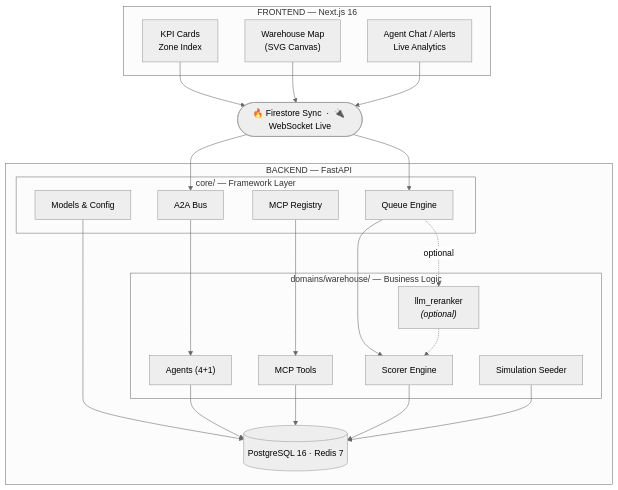
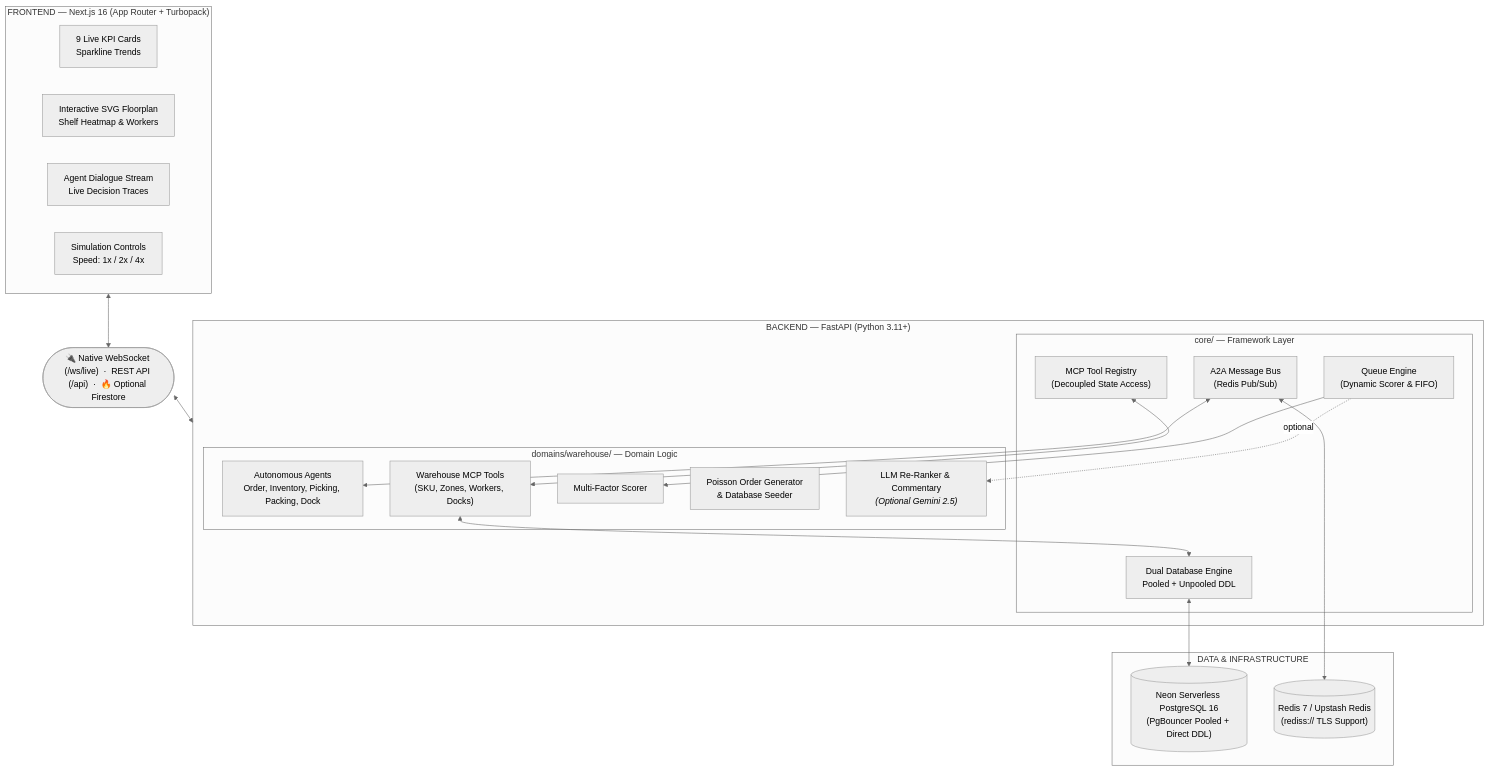
Before and after one commit to Maharshi-Paul/a2a-digital-twin: the second of 2 diagrams in README.md, drawn with Mermaid (neutral theme). The commit also changed other lines of this file, not shown here.

````diff
--- a/README.md
+++ b/README.md
@@ -82,47 +118,43 @@
 ```mermaid
 graph TB
-    subgraph FE["FRONTEND — Next.js 16"]
-        KPI["KPI Cards<br/>Zone Index"]
-        MAP["Warehouse Map<br/>(SVG Canvas)"]
-        CHAT["Agent Chat / Alerts<br/>Live Analytics"]
+    subgraph FE["FRONTEND — Next.js 16 (App Router + Turbopack)"]
+        KPI["9 Live KPI Cards<br/>Sparkline Trends"]
+        MAP["Interactive SVG Floorplan<br/>Shelf Heatmap & Workers"]
+        CHAT["Agent Dialogue Stream<br/>Live Decision Traces"]
+        CTRL["Simulation Controls<br/>Speed: 1x / 2x / 4x"]
     end
 
-    SYNC(["🔥 Firestore Sync  ·  🔌 WebSocket Live"])
+    SYNC(["🔌 Native WebSocket (/ws/live)  ·  REST API (/api)  ·  🔥 Optional Firestore"])
 
-    subgraph BE["BACKEND — FastAPI"]
+    subgraph BE["BACKEND — FastAPI (Python 3.11+)"]
         subgraph CORE["core/ — Framework Layer"]
-            A2A["A2A Bus"]
-            MCPR["MCP Registry"]
-            QE["Queue Engine"]
-            MODELS["Models & Config"]
+            A2A["A2A Message Bus<br/>(Redis Pub/Sub)"]
+            MCPR["MCP Tool Registry<br/>(Decoupled State Access)"]
+            QE["Queue Engine<br/>(Dynamic Scorer & FIFO)"]
+            DB_ENG["Dual Database Engine<br/>Pooled + Unpooled DDL"]
         end
 
-        subgraph DOMAIN["domains/warehouse/ — Business Logic"]
-            AGENTS["Agents (4+1)"]
-            MCPT["MCP Tools"]
-            SCORER["Scorer Engine"]
-            SIM["Simulation Seeder"]
-            LLM["llm_reranker<br/><i>(optional)</i>"]
+        subgraph DOMAIN["domains/warehouse/ — Domain Logic"]
+            AGENTS["Autonomous Agents<br/>Order, Inventory, Picking, Packing, Dock"]
+            MCPT["Warehouse MCP Tools<br/>(SKU, Zones, Workers, Docks)"]
+            SCORER["Multi-Factor Scorer"]
+            SIM["Poisson Order Generator<br/>& Database Seeder"]
+            LLM["LLM Re-Ranker & Commentary<br/><i>(Optional Gemini 2.5)</i>"]
         end
-
-        DB[("PostgreSQL 16 · Redis 7")]
     end
 
-    KPI --> SYNC
-    MAP --> SYNC
-    CHAT --> SYNC
-    SYNC --> A2A
-    SYNC --> QE
+    subgraph DATA["DATA & INFRASTRUCTURE"]
+        PG[("Neon Serverless PostgreSQL 16<br/>(PgBouncer Pooled + Direct DDL)")]
+        RD[("Redis 7 / Upstash Redis<br/>(rediss:// TLS Support)")]
+    end
 
-    A2A --> AGENTS
-    MCPR --> MCPT
+    FE <--> SYNC
+    SYNC <--> BE
     QE --> SCORER
     QE -.optional.-> LLM
-    MODELS --> DB
-
-    AGENTS --> DB
-    MCPT --> DB
-    SCORER --> DB
-    SIM --> DB
-    LLM -.-> SCORER
+    A2A <--> AGENTS
+    MCPR <--> MCPT
+    MCPT <--> DB_ENG
+    DB_ENG <--> PG
+    A2A <--> RD
 ```
````
